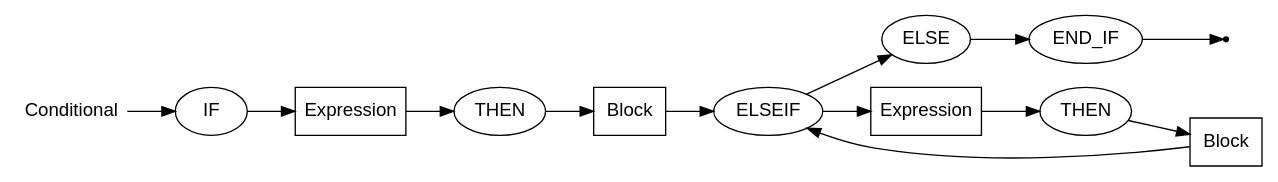
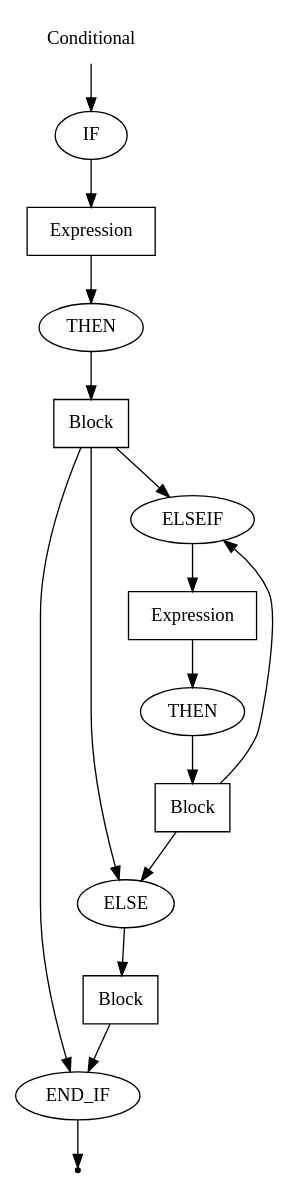
One commit to EgorGoluzin/DSL changed the diagram in DSLTools/examples/PSECO/wirth/Conditional.gv. Above: the diagram before and after it, drawn with Graphviz. The commit also changed 110 other files, not shown here.

```diff
--- a/DSLTools/examples/PSECO/wirth/Conditional.gv
+++ b/DSLTools/examples/PSECO/wirth/Conditional.gv
@@ -1,28 +1,30 @@
 digraph CONDITIONAL {
-  rankdir=LR;
-  node [fontname="Arial"];
   start [label="Conditional" shape=plaintext];
   end [label="" shape=point];
   A [label="IF" shape=oval];
   B [label="Expression" shape=box];
   C [label="THEN" shape=oval];
   D [label="Block" shape=box];
-  E [label="ELSEIF" shape=oval];
-  F [label="ELSE" shape=oval];
-  G [label="END_IF" shape=oval];
-  H [label="Expression" shape=box];
-  I [label="THEN" shape=oval];
-  J [label="Block" shape=box];
+  F [label="END_IF" shape=oval];
+  G [label="ELSE" shape=oval];
+  H [label="Block" shape=box];
+  I [label="ELSEIF" shape=oval];
+  J [label="Expression" shape=box];
+  K [label="THEN" shape=oval];
+  L [label="Block" shape=box];
   start -> A;
   A -> B;
   B -> C;
   C -> D;
-  D -> E;
-  E -> H;
-  E -> F;
-  F -> G;
-  G -> end;
-  H -> I;
+  D -> I;
+  D -> G;
+  D -> F;
+  F -> end;
+  G -> H;
+  H -> F;
   I -> J;
-  J -> E;
+  J -> K;
+  K -> L;
+  L -> I;
+  L -> G;
 }
```
